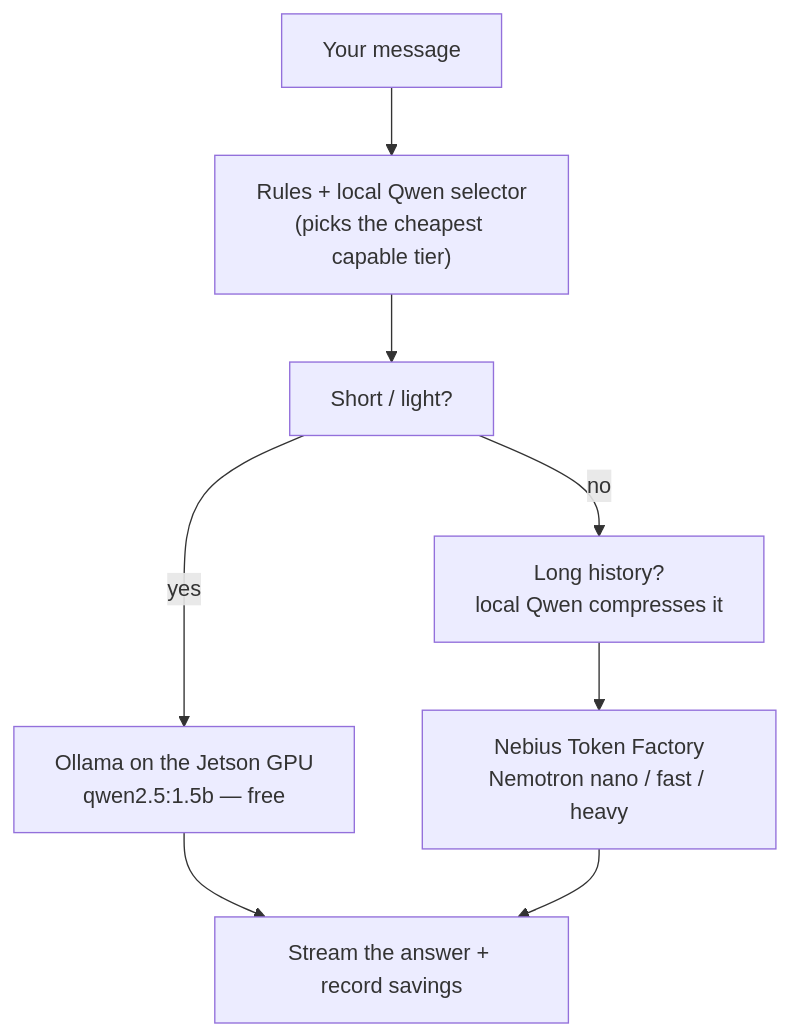
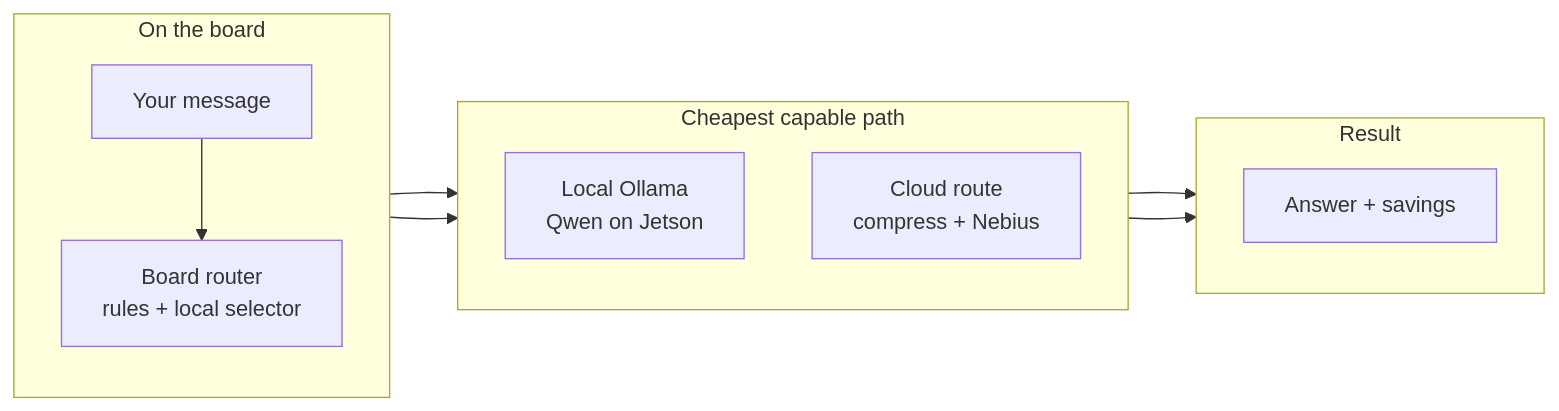
Before and after one commit to altaga/nebius-desk: the first of 6 diagrams in README.md, drawn with Mermaid. The commit also changed other lines of this file and 14 other files, not shown here.

First line of the commit message:
Document routing and surface cloud board runtime details.

````diff
--- a/README.md
+++ b/README.md
@@ -57,16 +57,21 @@
 ```mermaid
-flowchart TB
-  Msg["Your message"]
-  Rules["Rules + local Qwen selector<br/>(picks the cheapest capable tier)"]
-  Short["Short / light?"]
-  Ollama["Ollama on the Jetson GPU<br/>qwen2.5:1.5b — free"]
-  Compress["Long history?<br/>local Qwen compresses it"]
-  Nebius["Nebius Token Factory<br/>Nemotron nano / fast / heavy"]
-  Stream["Stream the answer + record savings"]
+flowchart LR
+  subgraph Input["On the board"]
+    direction TB
+    Msg["Your message"] --> Decide["Board router<br/>rules + local selector"]
+  end
+  subgraph Paths["Cheapest capable path"]
+    direction TB
+    Local["Local Ollama<br/>Qwen on Jetson"]
+    Cloud["Cloud route<br/>compress + Nebius"]
+  end
+  subgraph Finish["Result"]
+    direction TB
+    Stream["Answer + savings"]
+  end
 
-  Msg --> Rules --> Short
-  Short -->|yes| Ollama
-  Short -->|no| Compress --> Nebius
-  Ollama --> Stream
-  Nebius --> Stream
+  Decide --> Local
+  Decide --> Cloud
+  Local --> Stream
+  Cloud --> Stream
 ```
````
